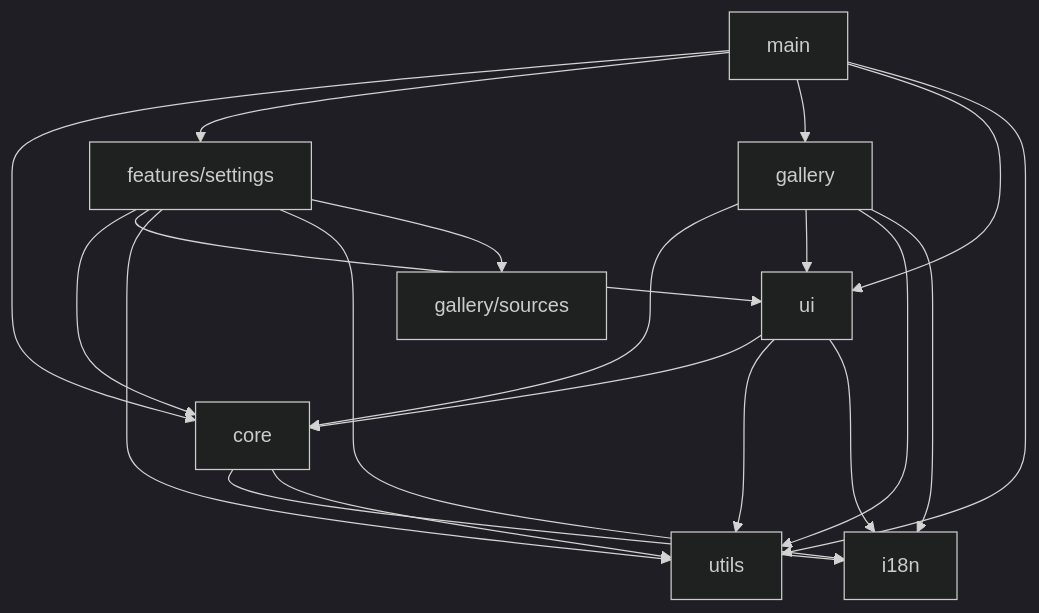
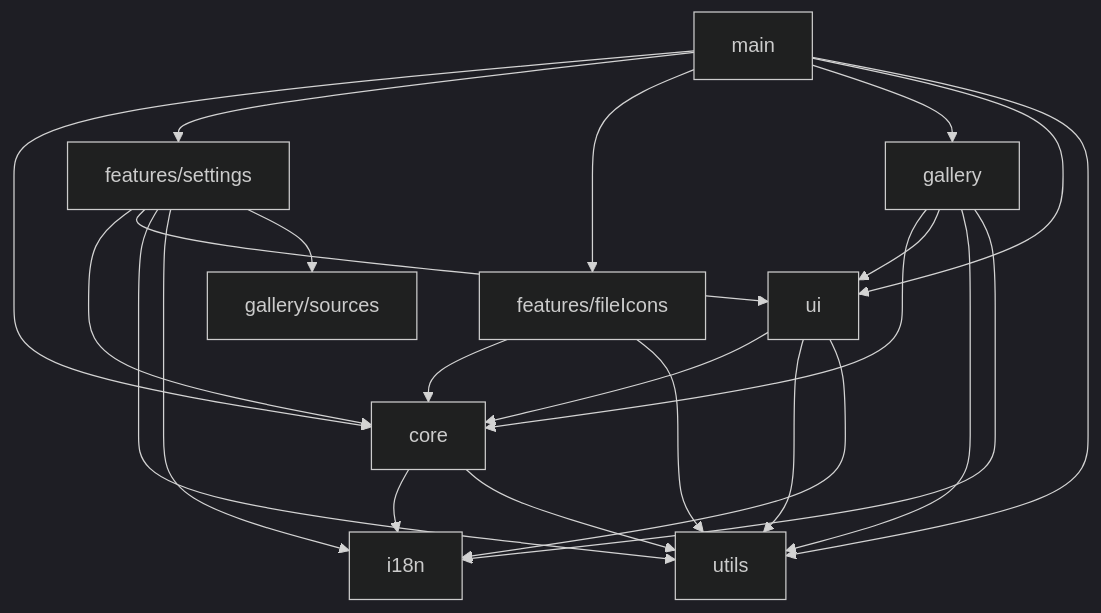
The first of 3 diagrams in docs/ARCHITECTURE.md (NemoKing1210/github-plus), drawn with Mermaid (dark theme) before and after one commit. The commit also changed other lines of this file and 38 other files, not shown here.

````diff
--- a/docs/ARCHITECTURE.md
+++ b/docs/ARCHITECTURE.md
@@ -45,22 +51,25 @@
 ```mermaid
 graph TD
   main --> core
   main --> settingsFeature[features/settings]
+  main --> fileIcons[features/fileIcons]
   main --> gallery
   main --> ui
   main --> utils
   gallery --> core
   gallery --> ui
   gallery --> utils
   gallery --> i18n
   settingsFeature --> core
   settingsFeature --> ui
   settingsFeature --> utils
   settingsFeature --> i18n
   settingsFeature --> galleryRegistry[gallery/sources]
+  fileIcons --> core
+  fileIcons --> utils
   ui --> core
   ui --> utils
   ui --> i18n
   core --> i18n
   core --> utils
 ```
````
